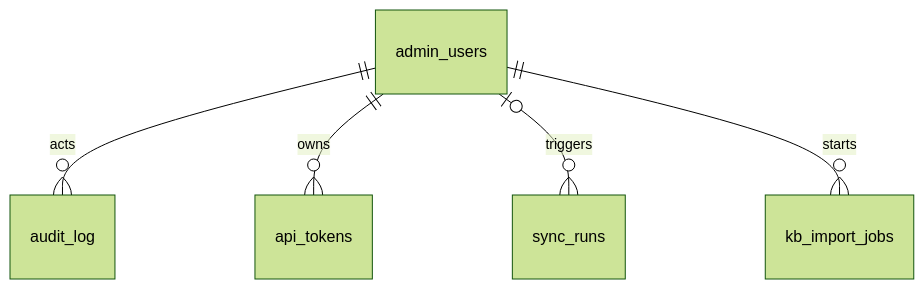
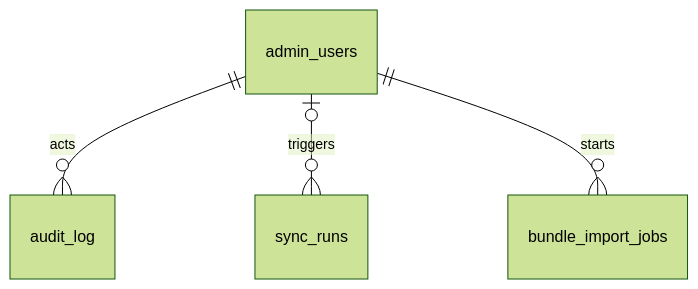
One commit to eyasir329/portfolio changed the sixth of 6 diagrams in docs/07-database-design.md. Above: the diagram before and after it, drawn with Mermaid (forest theme). The commit also changed other lines of this file and 25 other files, not shown here.

````diff
--- a/docs/07-database-design.md
+++ b/docs/07-database-design.md
@@ -107,7 +138,6 @@
 ```mermaid
 erDiagram
   admin_users ||--o{ audit_log : acts
-  admin_users ||--o{ api_tokens : owns
   admin_users |o--o{ sync_runs : triggers
-  admin_users ||--o{ kb_import_jobs : starts
+  admin_users ||--o{ bundle_import_jobs : starts
 ```
````
